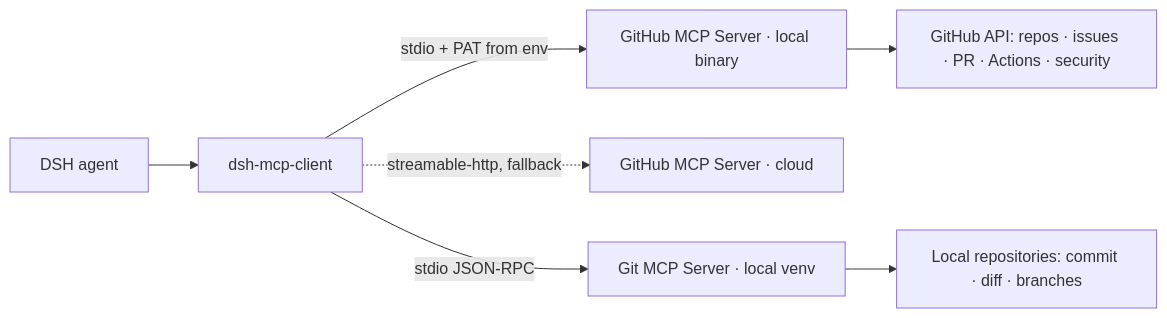
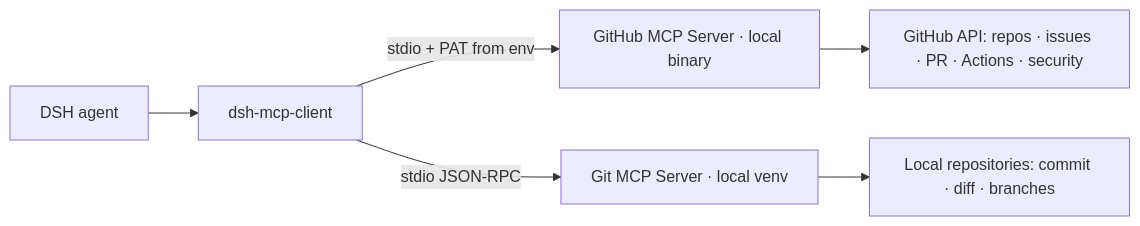
The second of 2 diagrams in packages/mcp-github-universal/README.md (rukazax/deepseek_harness), drawn with Mermaid before and after one commit. The commit also changed other lines of this file and 92 other files, not shown here.

First line of the commit message:
plugins: sync local DSH state (mcp-client stdin guards, memory-hub 0.4.0, github-universal config) and add 9 local plugins

````diff
--- a/packages/mcp-github-universal/README.md
+++ b/packages/mcp-github-universal/README.md
@@ -135,9 +223,8 @@
 ```mermaid
 flowchart LR
     A[DSH agent] --> B[dsh-mcp-client]
     B -->|stdio + PAT from env| C[GitHub MCP Server · local binary]
     C --> D[GitHub API: repos · issues · PR · Actions · security]
-    B -.->|streamable-http, fallback| G[GitHub MCP Server · cloud]
     B -->|stdio JSON-RPC| E[Git MCP Server · local venv]
     E --> F[Local repositories: commit · diff · branches]
 ```
````
